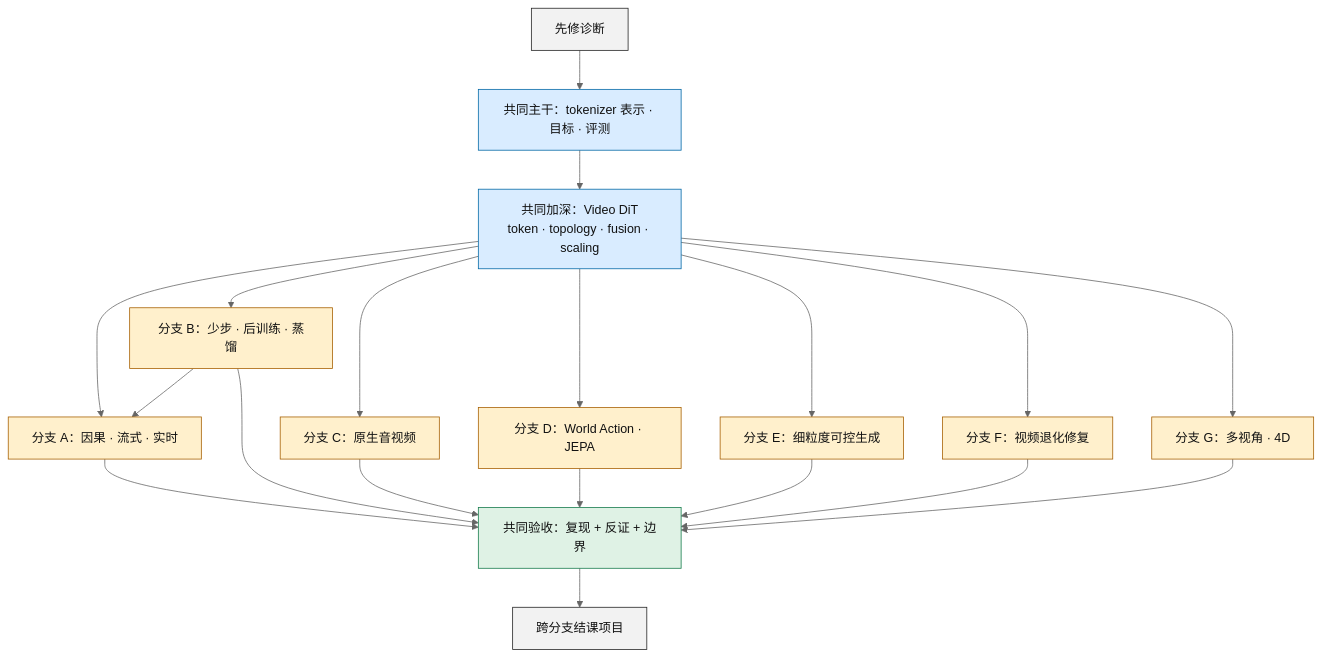
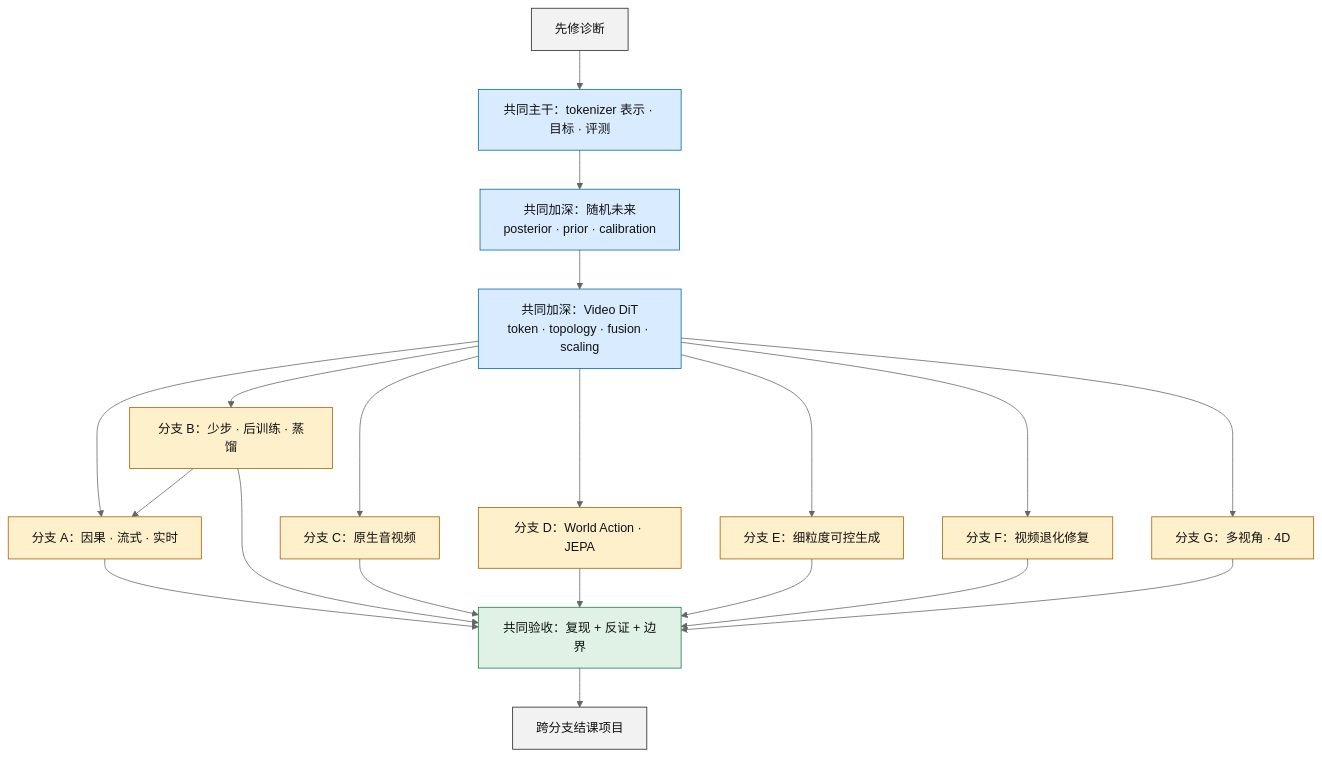
The first of 2 diagrams in docs/reading-list.md (GVCLab/Video-Generation-101), drawn with Mermaid (neutral theme) before and after one commit. The commit also changed other lines of this file and 11 other files, not shown here.

````diff
--- a/docs/reading-list.md
+++ b/docs/reading-list.md
@@ -43,33 +43,34 @@
 ```mermaid
 flowchart TB
     accTitle: 视频生成论文课程的依赖路线
-    accDescr: 学习者先完成先修诊断，再通过 tokenizer 表示、生成目标和评测组成的共同主干，并完成 Video DiT 的 token、注意力、融合与扩展加深单元。之后可选择因果流式、少步与后训练、原生音视频、World Action 与 JEPA、细粒度可控生成、视频退化修复、多视角与4D七条任务分支。每条分支都进入共同验收，并以跨分支结课项目结束。
+    accDescr: 学习者先完成先修诊断，再通过 tokenizer 表示、生成目标和评测组成的共同主干，补齐变分随机未来的训练后验、部署先验与校准，再完成 Video DiT 的 token、注意力、融合与扩展加深单元。之后可选择七条任务分支并进入共同验收。
 
     P["先修诊断"] --> K["共同主干：tokenizer 表示 · 目标 · 评测"]
-    K --> B["共同加深：Video DiT<br/>token · topology · fusion · scaling"]
+    K --> U["共同加深：随机未来<br/>posterior · prior · calibration"]
+    U --> B["共同加深：Video DiT<br/>token · topology · fusion · scaling"]
     B --> S["分支 A：因果 · 流式 · 实时"]
     B --> D["分支 B：少步 · 后训练 · 蒸馏"]
     B --> A["分支 C：原生音视频"]
     B --> W["分支 D：World Action · JEPA"]
     B --> G["分支 E：细粒度可控生成"]
     B --> R["分支 F：视频退化修复"]
     B --> M["分支 G：多视角 · 4D"]
     D --> S
     S --> V["共同验收：复现 + 反证 + 边界"]
     D --> V
     A --> V
     W --> V
     G --> V
     R --> V
     M --> V
     V --> C["跨分支结课项目"]
 
     classDef gate fill:#f2f2f2,stroke:#222,color:#111
     classDef trunk fill:#d9ecff,stroke:#0067a5,color:#111
     classDef branch fill:#fff0cc,stroke:#a65f00,color:#111
     classDef verify fill:#dff2e5,stroke:#147a4b,color:#111
     class P,C gate
-    class K,B trunk
+    class K,U,B trunk
     class S,D,A,W,G,R,M branch
     class V verify
 ```
````
